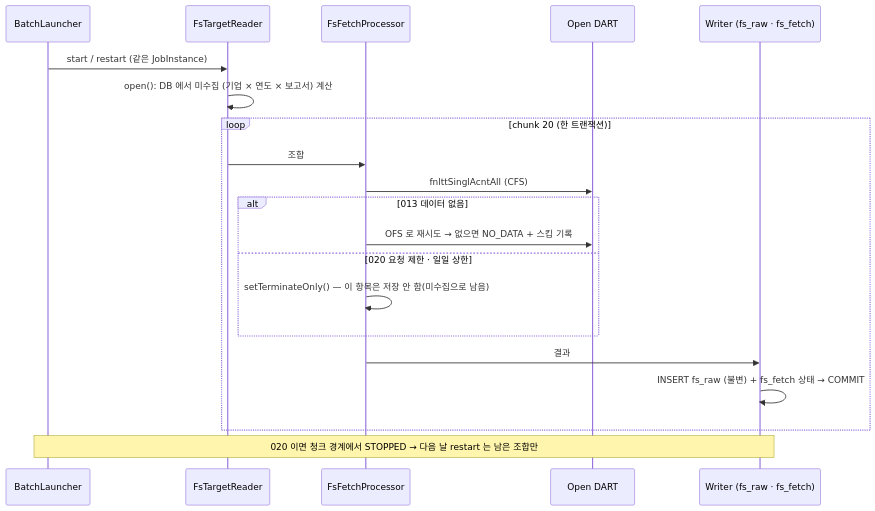
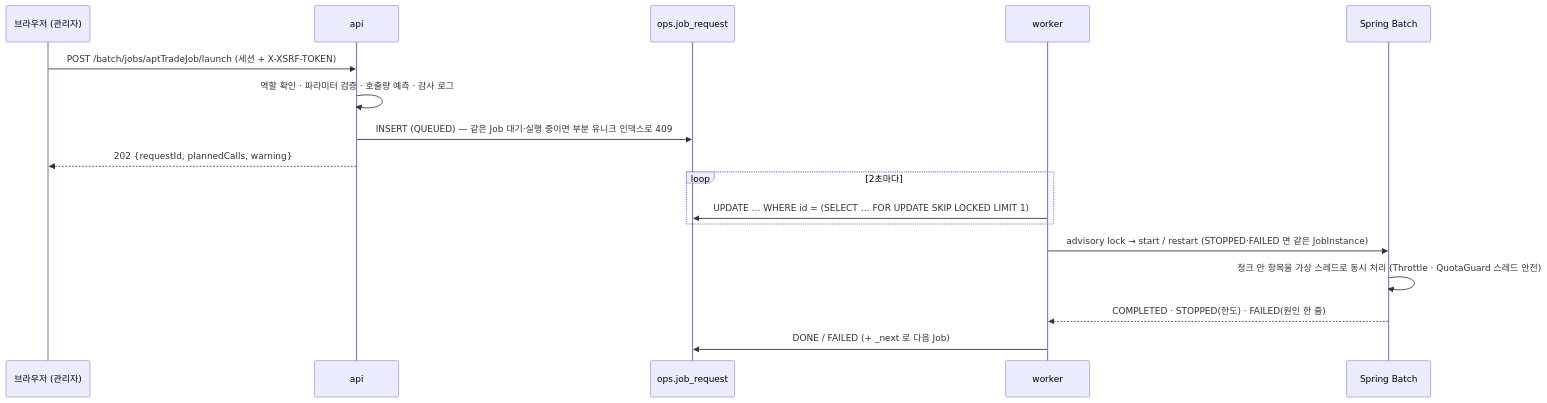
The second of 2 diagrams in README.md (Jinyoung-Kang/buildrisk-radar), drawn with Mermaid before and after one commit. The commit also changed other lines of this file and 40 other files, not shown here.

````diff
--- a/README.md
+++ b/README.md
@@ -110,22 +135,19 @@
 ```mermaid
 sequenceDiagram
-  participant L as BatchLauncher
-  participant R as FsTargetReader
-  participant P as FsFetchProcessor
-  participant D as Open DART
-  participant W as Writer (fs_raw · fs_fetch)
-  L->>R: start / restart (같은 JobInstance)
-  R->>R: open(): DB 에서 미수집 (기업 × 연도 × 보고서) 계산
-  loop chunk 20 (한 트랜잭션)
-    R->>P: 조합
-    P->>D: fnlttSinglAcntAll (CFS)
-    alt 013 데이터 없음
-      P->>D: OFS 로 재시도 → 없으면 NO_DATA + 스킵 기록
-    else 020 요청 제한 · 일일 상한
-      P->>P: setTerminateOnly() — 이 항목은 저장 안 함(미수집으로 남음)
-    end
-    P->>W: 결과
-    W->>W: INSERT fs_raw (불변) + fs_fetch 상태 → COMMIT
+  participant B as 브라우저 (관리자)
+  participant A as api
+  participant Q as ops.job_request
+  participant W as worker
+  participant J as Spring Batch
+  B->>A: POST /batch/jobs/aptTradeJob/launch (세션 + X-XSRF-TOKEN)
+  A->>A: 역할 확인 · 파라미터 검증 · 호출량 예측 · 감사 로그
+  A->>Q: INSERT (QUEUED) — 같은 Job 대기·실행 중이면 부분 유니크 인덱스로 409
+  A-->>B: 202 {requestId, plannedCalls, warning}
+  loop 2초마다
+    W->>Q: UPDATE … WHERE id = (SELECT … FOR UPDATE SKIP LOCKED LIMIT 1)
   end
-  Note over L,W: 020 이면 청크 경계에서 STOPPED → 다음 날 restart 는 남은 조합만
+  W->>J: advisory lock → start / restart (STOPPED·FAILED 면 같은 JobInstance)
+  J->>J: 청크 안 항목을 가상 스레드로 동시 처리 (Throttle · QuotaGuard 스레드 안전)
+  J-->>W: COMPLETED · STOPPED(한도) · FAILED(원인 한 줄)
+  W->>Q: DONE / FAILED (+ _next 로 다음 Job)
 ```
````
